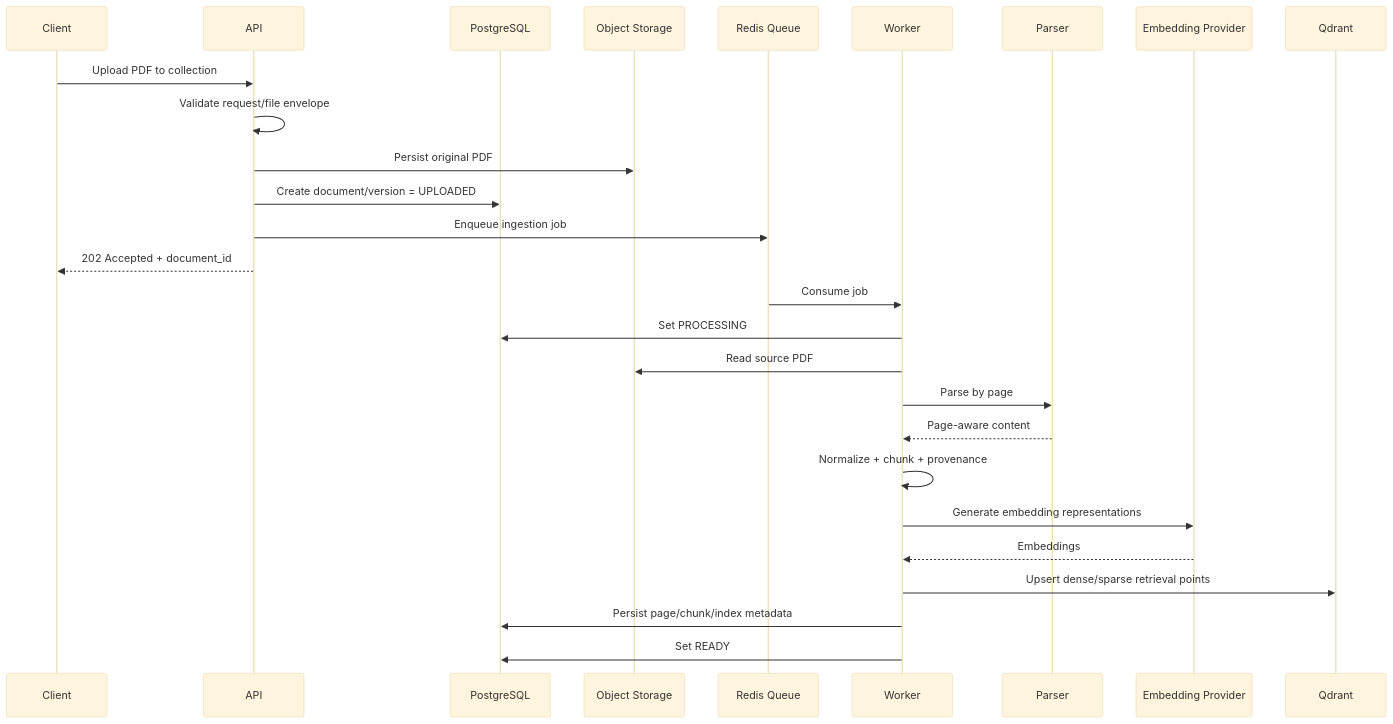
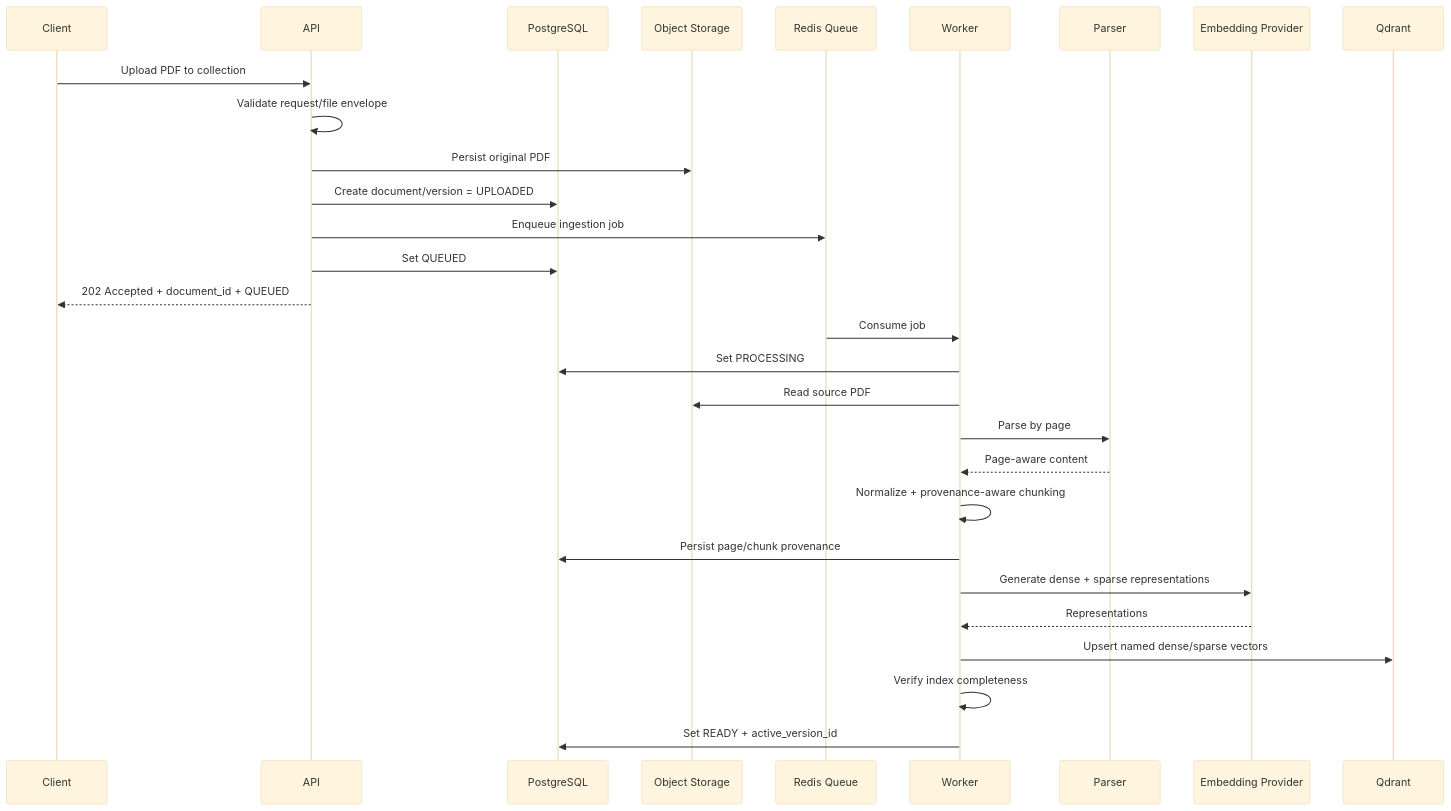
Before and after one commit to pranjulya/cited-RAG-Bot: the third of 5 diagrams in docs/architecture/HLD.md, drawn with Mermaid (base theme). The commit also changed other lines of this file and 45 other files, not shown here.

First line of the commit message:
docs: freeze V1 architecture contracts in ADR-011

````diff
--- a/docs/architecture/HLD.md
+++ b/docs/architecture/HLD.md
@@ -371,31 +373,33 @@
 ```mermaid
 sequenceDiagram
     participant Client
     participant API
     participant PG as PostgreSQL
     participant Store as Object Storage
     participant Queue as Redis Queue
     participant Worker
     participant Parser
     participant Embed as Embedding Provider
     participant Search as Qdrant
 
     Client->>API: Upload PDF to collection
     API->>API: Validate request/file envelope
     API->>Store: Persist original PDF
     API->>PG: Create document/version = UPLOADED
     API->>Queue: Enqueue ingestion job
-    API-->>Client: 202 Accepted + document_id
+    API->>PG: Set QUEUED
+    API-->>Client: 202 Accepted + document_id + QUEUED
 
     Queue->>Worker: Consume job
     Worker->>PG: Set PROCESSING
     Worker->>Store: Read source PDF
     Worker->>Parser: Parse by page
     Parser-->>Worker: Page-aware content
-    Worker->>Worker: Normalize + chunk + provenance
-    Worker->>Embed: Generate embedding representations
-    Embed-->>Worker: Embeddings
-    Worker->>Search: Upsert dense/sparse retrieval points
-    Worker->>PG: Persist page/chunk/index metadata
-    Worker->>PG: Set READY
+    Worker->>Worker: Normalize + provenance-aware chunking
+    Worker->>PG: Persist page/chunk provenance
+    Worker->>Embed: Generate dense + sparse representations
+    Embed-->>Worker: Representations
+    Worker->>Search: Upsert named dense/sparse vectors
+    Worker->>Worker: Verify index completeness
+    Worker->>PG: Set READY + active_version_id
 ```
````
